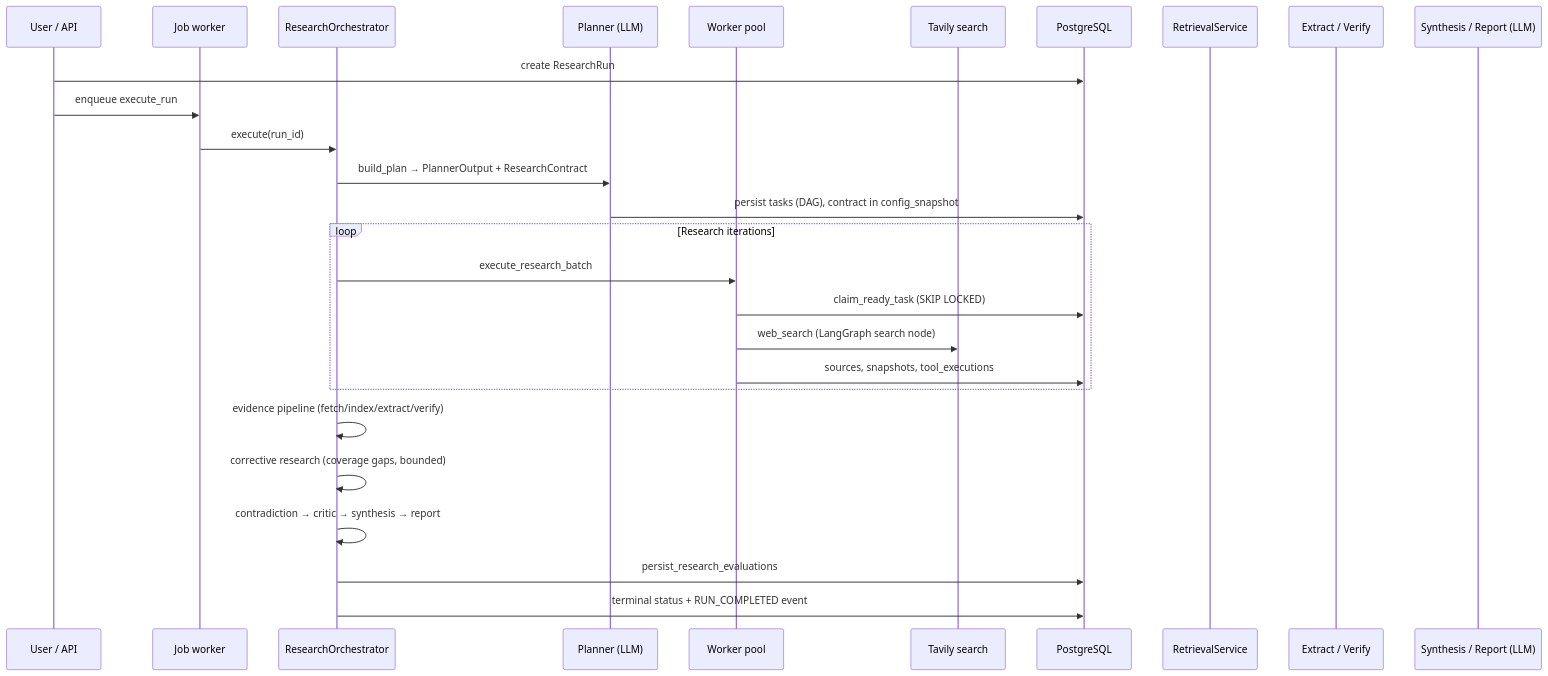
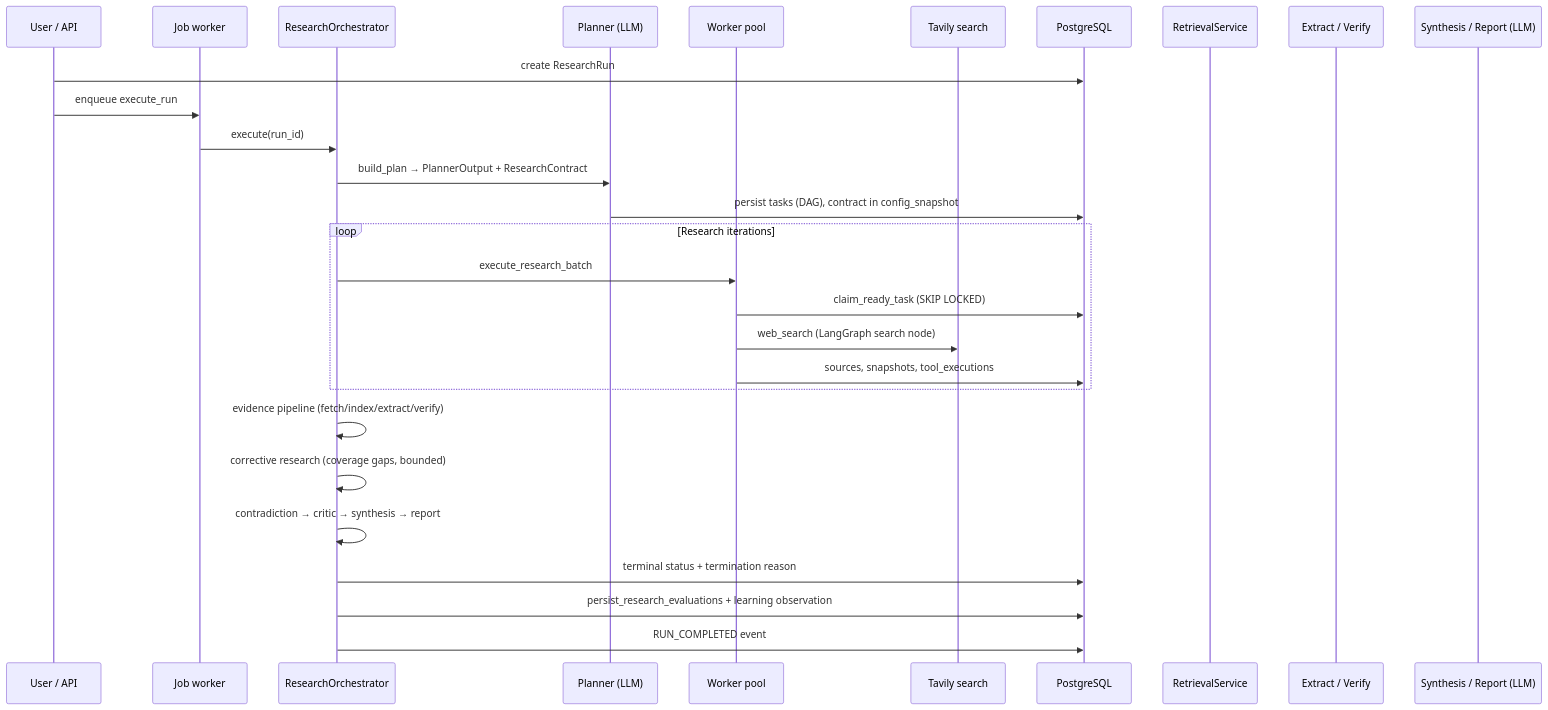
Before and after one commit to AIEngineer0923/DeepScout: the first of 2 diagrams in docs/agent-runtime.md, drawn with Mermaid. The commit also changed other lines of this file and 52 other files, not shown here.

````diff
--- a/docs/agent-runtime.md
+++ b/docs/agent-runtime.md
@@ -20,30 +20,31 @@
 ```mermaid
 sequenceDiagram
   participant U as User / API
   participant J as Job worker
   participant O as ResearchOrchestrator
   participant P as Planner (LLM)
   participant W as Worker pool
   participant S as Tavily search
   participant DB as PostgreSQL
   participant R as RetrievalService
   participant E as Extract / Verify
   participant Y as Synthesis / Report (LLM)
 
   U->>DB: create ResearchRun
   U->>J: enqueue execute_run
   J->>O: execute(run_id)
   O->>P: build_plan → PlannerOutput + ResearchContract
   P->>DB: persist tasks (DAG), contract in config_snapshot
   loop Research iterations
     O->>W: execute_research_batch
     W->>DB: claim_ready_task (SKIP LOCKED)
     W->>S: web_search (LangGraph search node)
     W->>DB: sources, snapshots, tool_executions
   end
   O->>O: evidence pipeline (fetch/index/extract/verify)
   O->>O: corrective research (coverage gaps, bounded)
   O->>O: contradiction → critic → synthesis → report
-  O->>DB: persist_research_evaluations
-  O->>DB: terminal status + RUN_COMPLETED event
+  O->>DB: terminal status + termination reason
+  O->>DB: persist_research_evaluations + learning observation
+  O->>DB: RUN_COMPLETED event
 ```
````
